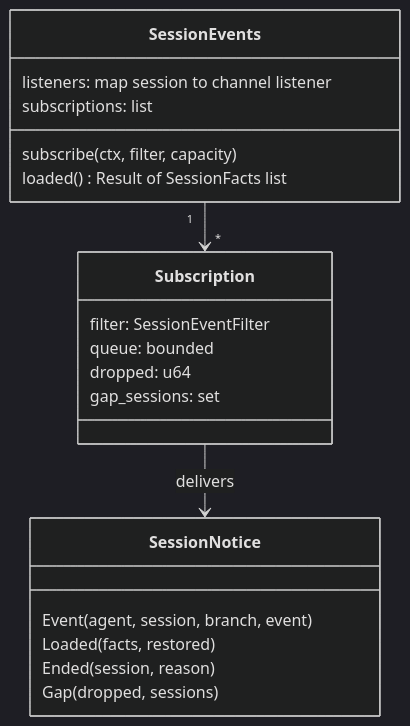
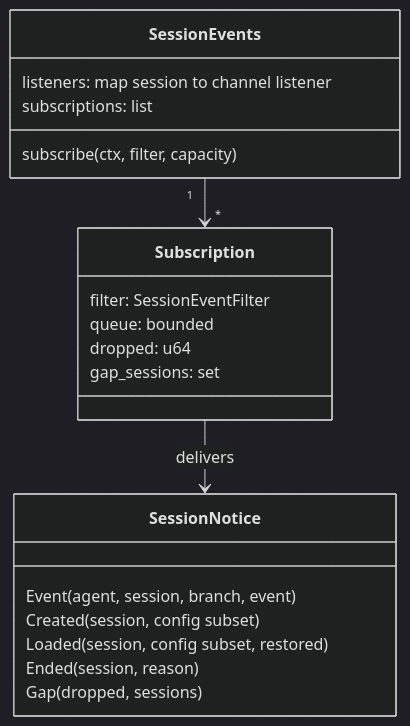
One commit to CoutinhoTTS/dim-agent changed the second of 5 diagrams in docs/design/contracts/session-broadcast-subscription.md. Above: the diagram before and after it, drawn with Mermaid (dark theme). The commit also changed other lines of this file and 4 other files, not shown here.

````diff
--- a/docs/design/contracts/session-broadcast-subscription.md
+++ b/docs/design/contracts/session-broadcast-subscription.md
@@ -55,23 +45,23 @@
 ```mermaid
 classDiagram
   class SessionEvents {
     listeners: map session to channel listener
     subscriptions: list
     subscribe(ctx, filter, capacity)
-    loaded() Result of SessionFacts list
   }
   class Subscription {
     filter: SessionEventFilter
     queue: bounded
     dropped: u64
     gap_sessions: set
   }
   class SessionNotice {
     Event(agent, session, branch, event)
-    Loaded(facts, restored)
+    Created(session, config subset)
+    Loaded(session, config subset, restored)
     Ended(session, reason)
     Gap(dropped, sessions)
   }
   SessionEvents "1" --> "*" Subscription
   Subscription --> SessionNotice : delivers
 ```
````
